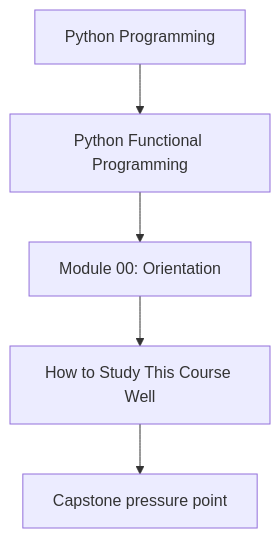
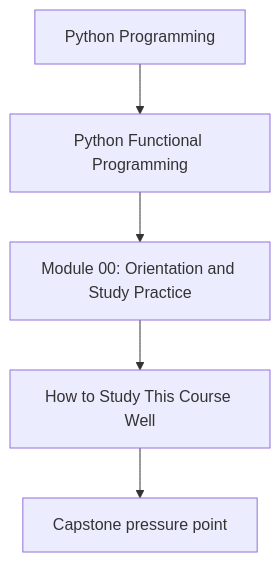
The first of 2 diagrams in programs/python-programming/python-functional-programming/course-book/module-00-orientation/how-to-study-this-course.md (bijux/bijux-masterclass), drawn with Mermaid before and after one commit. The commit also changed 241 other files, not shown here.

````diff
--- a/programs/python-programming/python-functional-programming/course-book/module-00-orientation/how-to-study-this-course.md
+++ b/programs/python-programming/python-functional-programming/course-book/module-00-orientation/how-to-study-this-course.md
@@ -7,7 +7,7 @@
 ```mermaid
 flowchart TD
   family["Python Programming"] --> program["Python Functional Programming"]
-  program --> module["Module 00: Orientation"]
+  program --> module["Module 00: Orientation and Study Practice"]
   module --> concept["How to Study This Course Well"]
   concept --> capstone["Capstone pressure point"]
 ```
````
